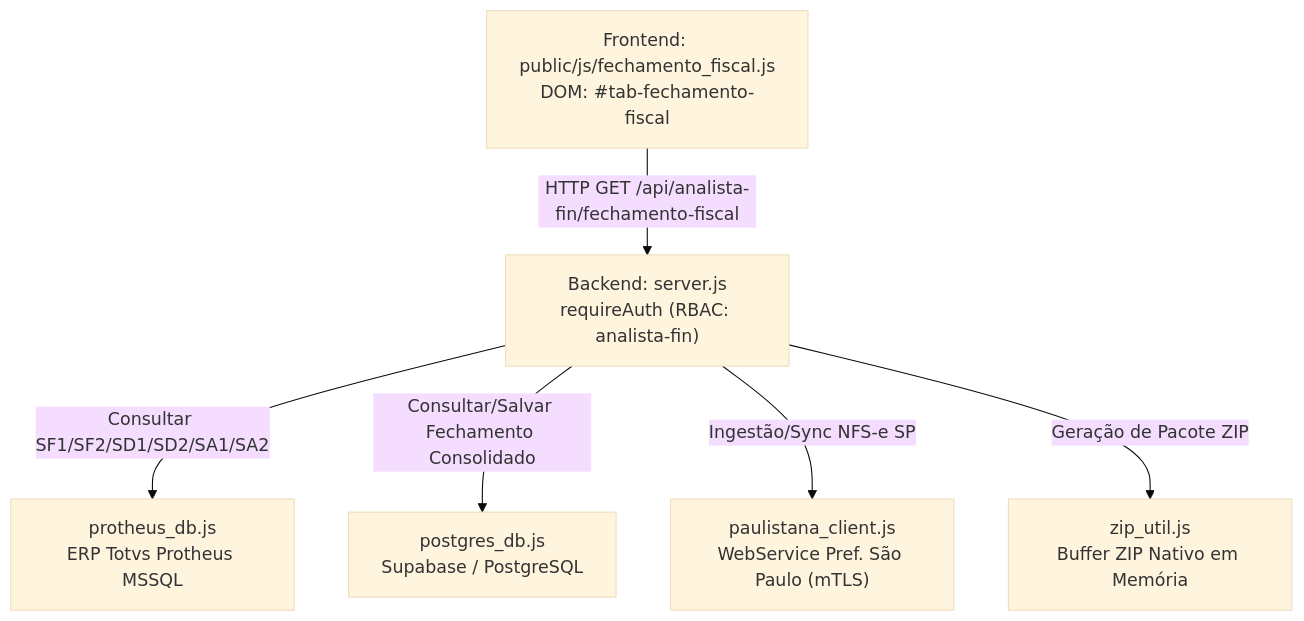
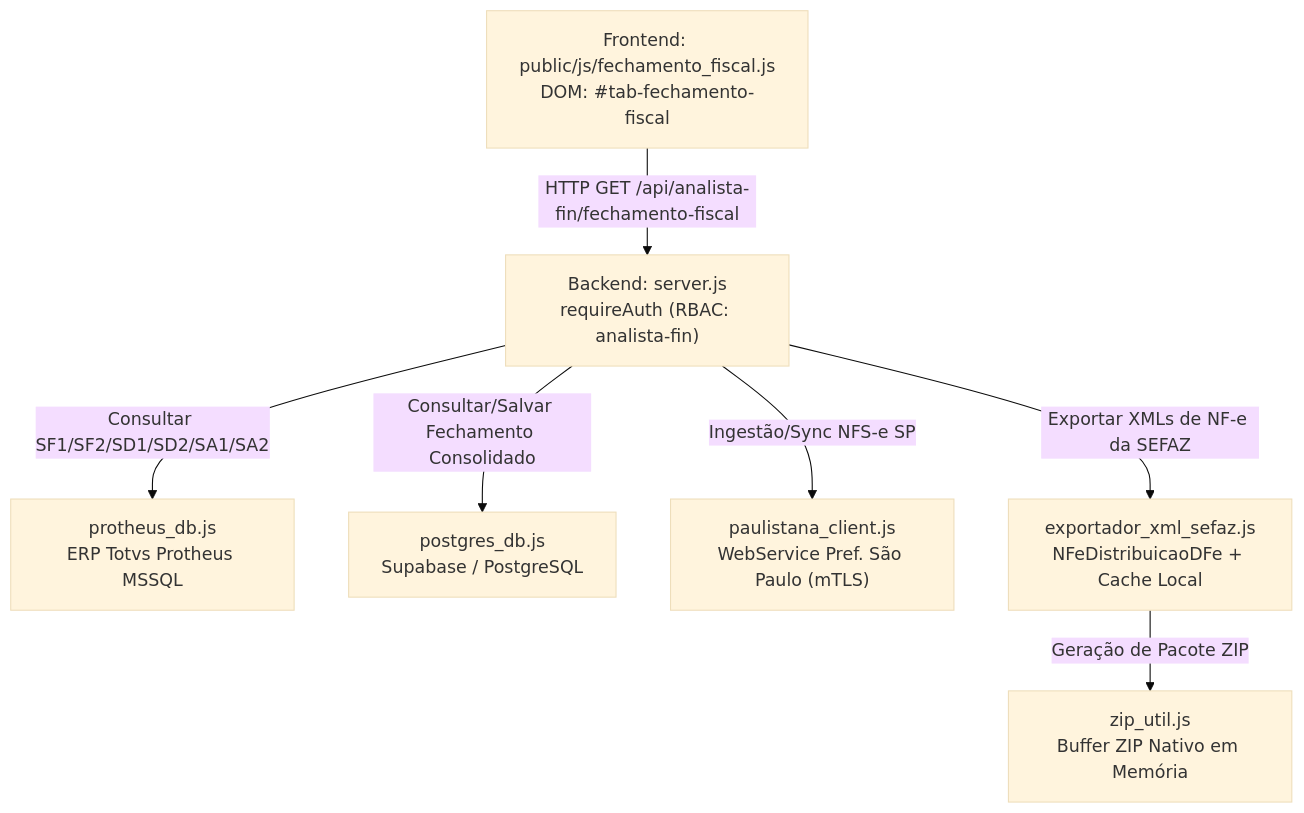
Before and after one commit to cofresgoldsafe/conciliacao-fretes: the first of 2 diagrams in docs/telas/07_analista_fin/fechamento_fiscal.md, drawn with Mermaid (base theme). The commit also changed other lines of this file and 8 other files, not shown here.

Commit message:
feat(fechamento-fiscal): exportacao em lote de XMLs de NF-e (.zip) via SEFAZ (v8.225)

````diff
--- a/docs/telas/07_analista_fin/fechamento_fiscal.md
+++ b/docs/telas/07_analista_fin/fechamento_fiscal.md
@@ -56,8 +58,9 @@
 ```mermaid
 flowchart TD
     UI["Frontend: public/js/fechamento_fiscal.js<br/>DOM: #tab-fechamento-fiscal"] -->|HTTP GET /api/analista-fin/fechamento-fiscal| SRV["Backend: server.js<br/>requireAuth (RBAC: analista-fin)"]
     SRV -->|Consultar SF1/SF2/SD1/SD2/SA1/SA2| PROTHEUS["protheus_db.js<br/>ERP Totvs Protheus MSSQL"]
     SRV -->|Consultar/Salvar Fechamento Consolidado| PG["postgres_db.js<br/>Supabase / PostgreSQL"]
     SRV -->|Ingestão/Sync NFS-e SP| PAULISTANA["paulistana_client.js<br/>WebService Pref. São Paulo (mTLS)"]
-    SRV -->|Geração de Pacote ZIP| ZIP["zip_util.js<br/>Buffer ZIP Nativo em Memória"]
+    SRV -->|Exportar XMLs de NF-e da SEFAZ| SEFAZ_EXP["exportador_xml_sefaz.js<br/>NFeDistribuicaoDFe + Cache Local"]
+    SEFAZ_EXP -->|Geração de Pacote ZIP| ZIP["zip_util.js<br/>Buffer ZIP Nativo em Memória"]
 ```
````
